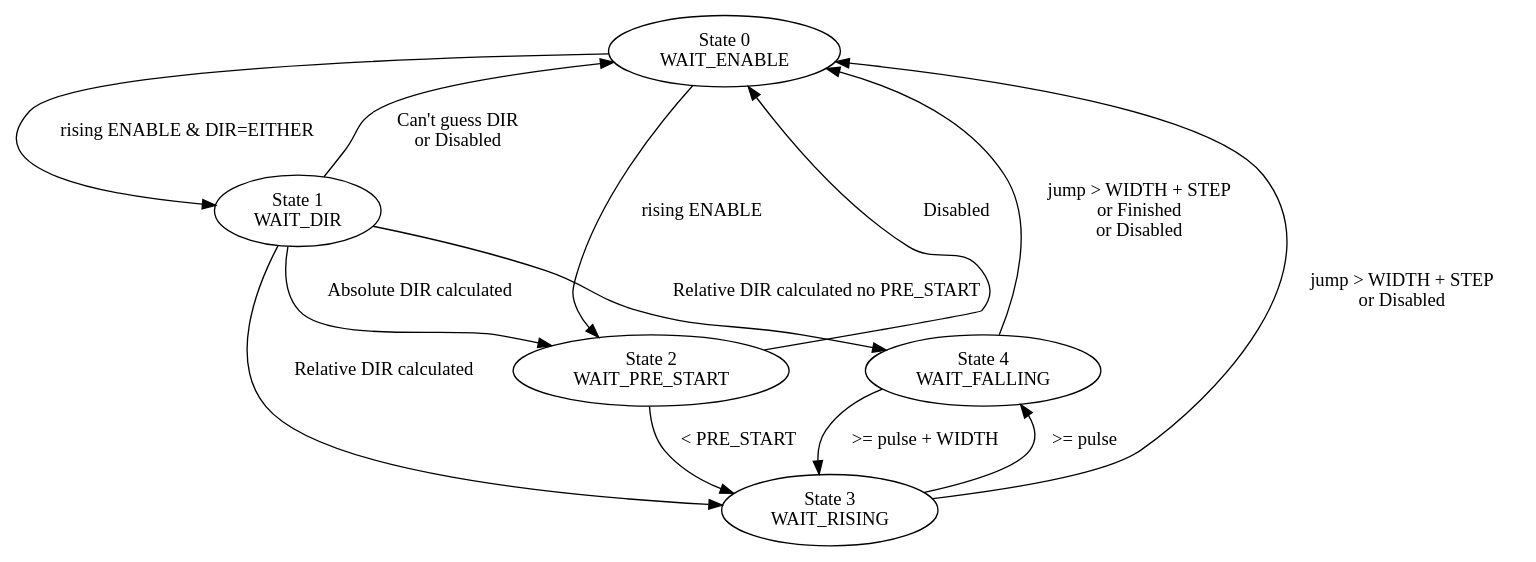
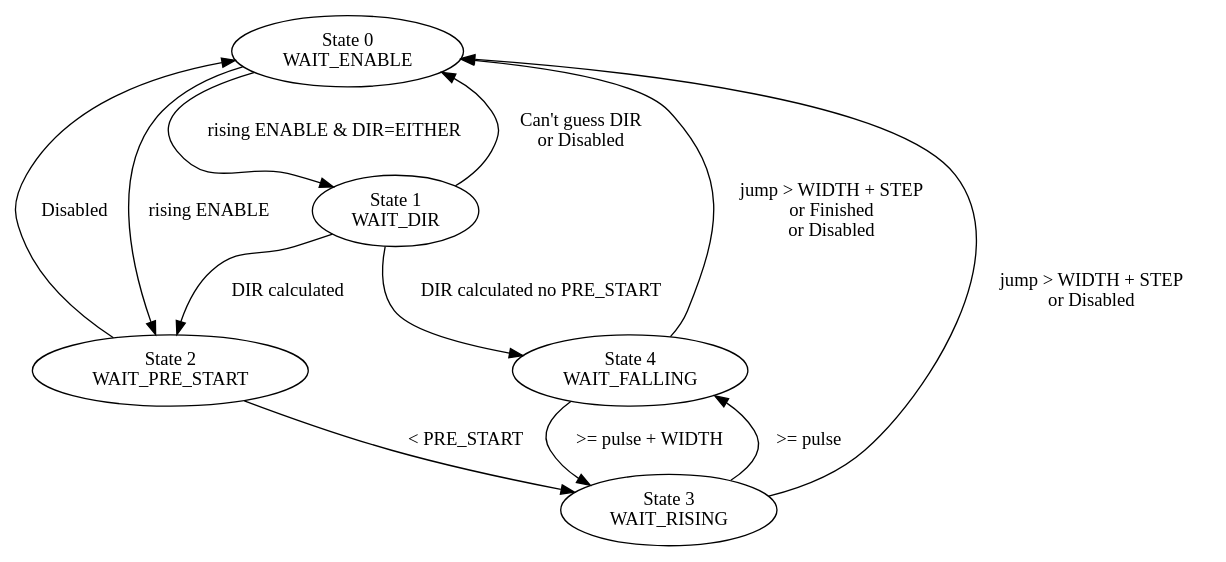
The diagram in docs/blocks/pcomp.rst (PandABlocks/PandABlocks-FPGA), drawn with Graphviz before and after one commit. The commit also changed 3 other files, not shown here.

```diff
--- a/docs/blocks/pcomp.rst
+++ b/docs/blocks/pcomp.rst
@@ -88,24 +88,23 @@
 .. digraph:: pcomp_sm
 
     WAIT_ENABLE [label="State 0\nWAIT_ENABLE"]
     WAIT_DIR [label="State 1\nWAIT_DIR"]
     WAIT_PRE_START [label="State 2\nWAIT_PRE_START"]
     WAIT_RISING [label="State 3\nWAIT_RISING"]
     WAIT_FALLING [label="State 4\nWAIT_FALLING"]
 
     WAIT_ENABLE -> WAIT_DIR [label=" rising ENABLE & DIR=EITHER "]
     WAIT_ENABLE -> WAIT_PRE_START [label=" rising ENABLE "]
 
     WAIT_DIR -> WAIT_ENABLE [label=" Can't guess DIR \n or Disabled "]
-    WAIT_DIR -> WAIT_PRE_START [label=" Absolute DIR calculated "]
-    WAIT_DIR -> WAIT_RISING [label=" Relative DIR calculated "]
-    WAIT_DIR -> WAIT_FALLING [label=" Relative DIR calculated no PRE_START"]    
+    WAIT_DIR -> WAIT_PRE_START [label=" DIR calculated "]
+    WAIT_DIR -> WAIT_FALLING [label=" DIR calculated no PRE_START"]
 
     WAIT_PRE_START -> WAIT_ENABLE [label=" Disabled "]
     WAIT_PRE_START -> WAIT_RISING [label=" < PRE_START "]
 
     WAIT_RISING -> WAIT_ENABLE [label=" jump > WIDTH + STEP \n or Disabled "]
     WAIT_RISING -> WAIT_FALLING [label=" >= pulse "]
 
     WAIT_FALLING -> WAIT_ENABLE [label=" jump > WIDTH + STEP \n or Finished \n or Disabled"]
     WAIT_FALLING -> WAIT_RISING [label=" >= pulse + WIDTH "]
```
